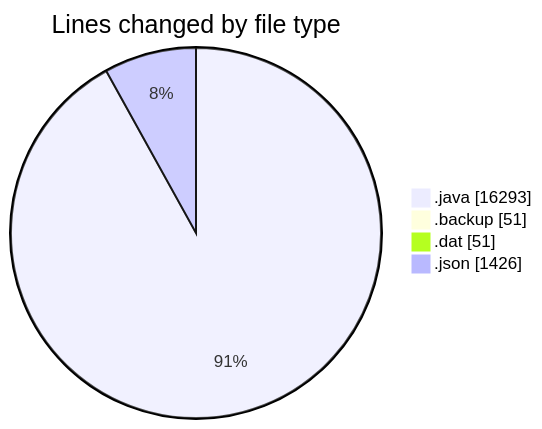
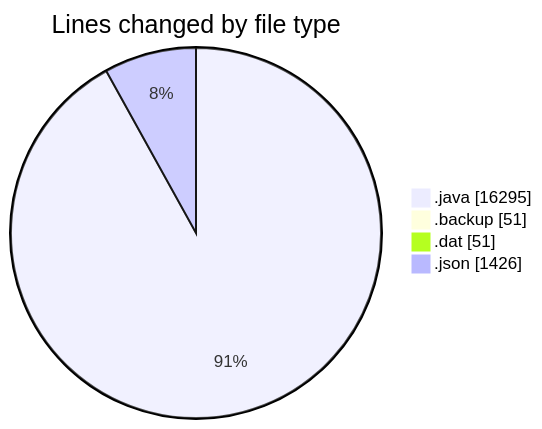
The first of 2 diagrams in 2026-11-19/cilapp/README.md (ricardozamudiocil/code-tracking), drawn with Mermaid before and after one commit. The commit also changed other lines of this file and 1 other file, not shown here.

````diff
--- a/2026-11-19/cilapp/README.md
+++ b/2026-11-19/cilapp/README.md
@@ -26,8 +26,8 @@
 ```mermaid
 pie showData
 title Lines changed by file type
-".java" : 16293
+".java" : 16295
 ".backup" : 51
 ".dat" : 51
 ".json" : 1426
 ```
````
